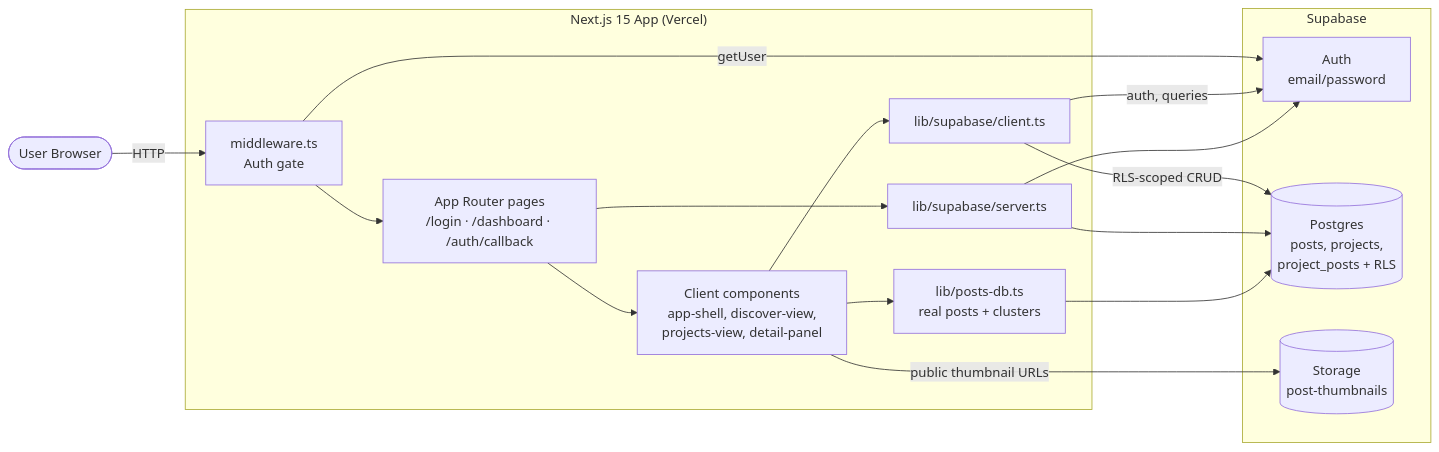
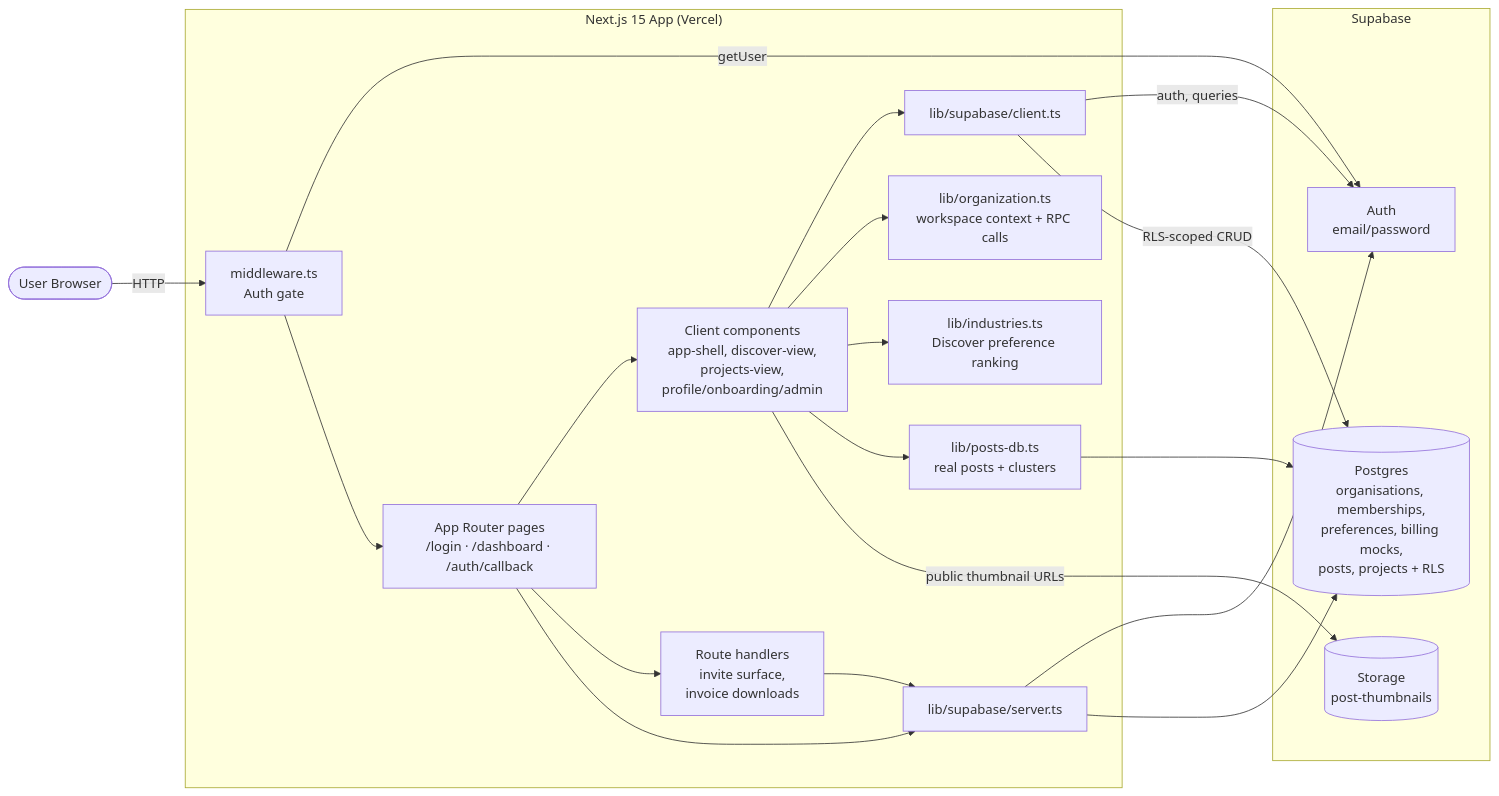
Before and after one commit to trend-cue/tc-app: the first of 2 diagrams in README.md, drawn with Mermaid. The commit also changed other lines of this file and 25 other files, not shown here.

Commit message:
feat(profile): add onboarding and organisation admin

````diff
--- a/README.md
+++ b/README.md
@@ -39,33 +43,40 @@
 ```mermaid
 flowchart LR
     User([User Browser])
 
     subgraph Next["Next.js 15 App (Vercel)"]
         MW[middleware.ts<br/>Auth gate]
         Pages[App Router pages<br/>/login · /dashboard · /auth/callback]
-        Client[Client components<br/>app-shell, discover-view,<br/>projects-view, detail-panel]
+        Client[Client components<br/>app-shell, discover-view,<br/>projects-view,<br/>profile/onboarding/admin]
+        Routes[Route handlers<br/>invite surface,<br/>invoice downloads]
         SBClient[lib/supabase/client.ts]
         SBServer[lib/supabase/server.ts]
+        Org[lib/organization.ts<br/>workspace context + RPC calls]
+        Industries[lib/industries.ts<br/>Discover preference ranking]
         Posts[lib/posts-db.ts<br/>real posts + clusters]
     end
 
     subgraph Supabase["Supabase"]
         Auth[Auth<br/>email/password]
-        DB[(Postgres<br/>posts, projects,<br/>project_posts + RLS)]
+        DB[(Postgres<br/>organisations, memberships,<br/>preferences, billing mocks,<br/>posts, projects + RLS)]
         Storage[(Storage<br/>post-thumbnails)]
     end
 
     User -->|HTTP| MW
     MW -->|getUser| Auth
     MW --> Pages
     Pages --> Client
+    Pages --> Routes
     Client --> SBClient
+    Client --> Org
+    Client --> Industries
     Pages --> SBServer
     SBClient -->|auth, queries| Auth
     SBClient -->|RLS-scoped CRUD| DB
+    Routes --> SBServer
     SBServer --> Auth
     SBServer --> DB
     Client --> Posts
     Posts --> DB
     Client -->|public thumbnail URLs| Storage
 ```
````
